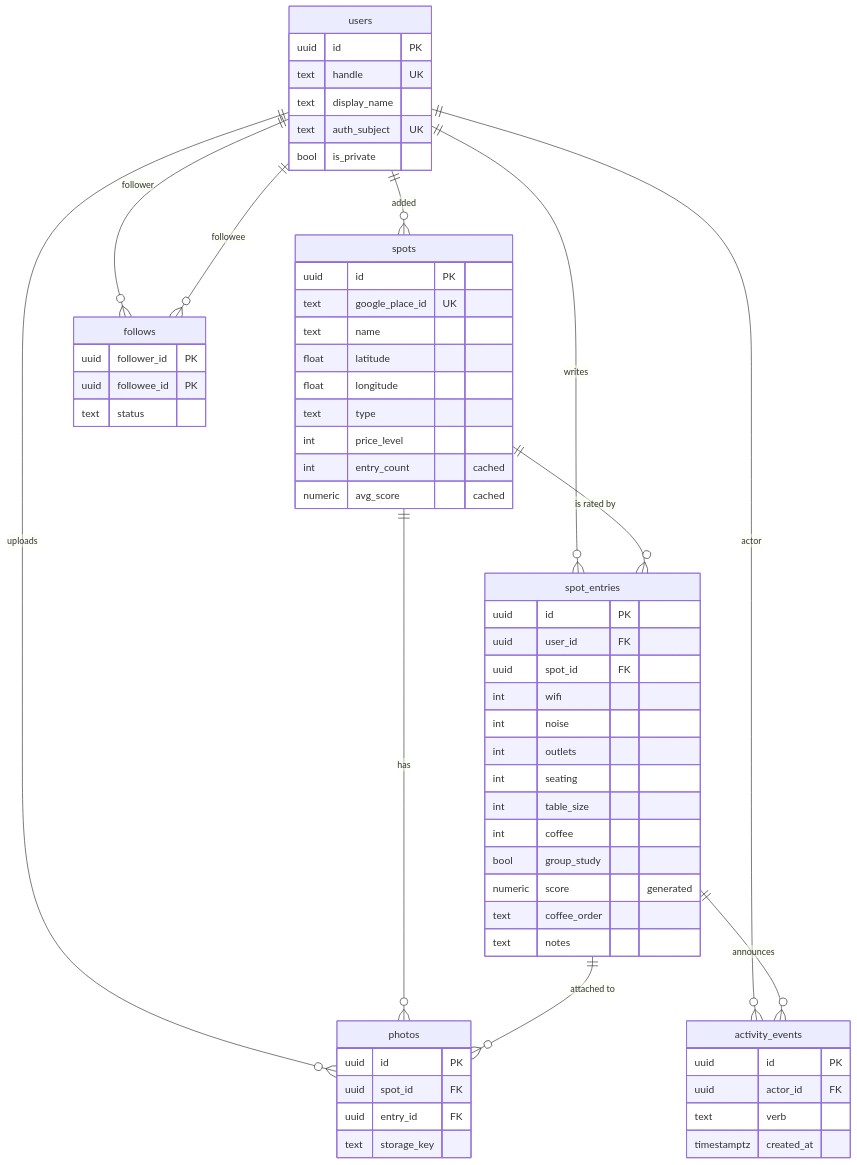
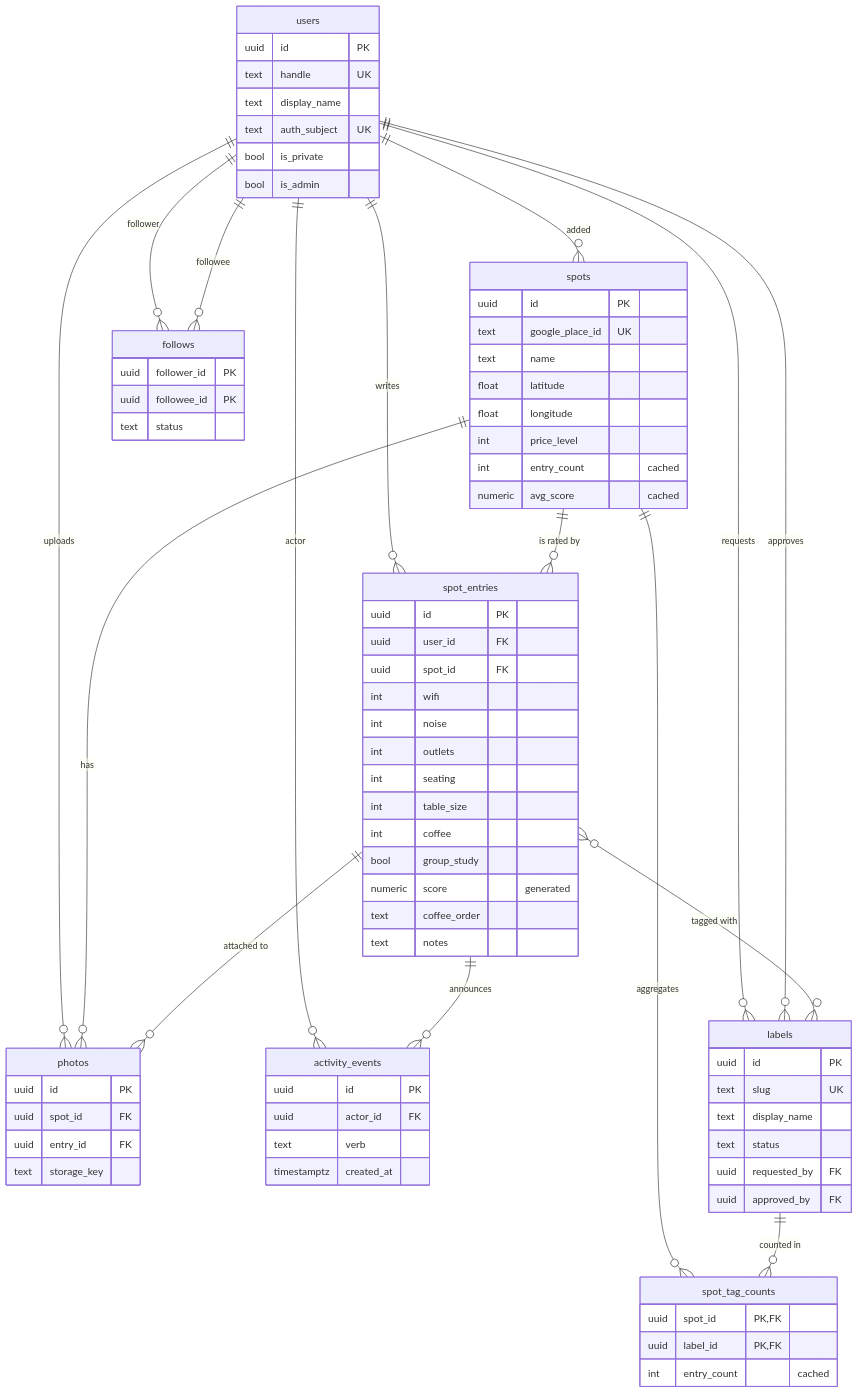
The diagram in context/data-model.md (Dustrunner369/studease), drawn with Mermaid before and after one commit. The commit also changed other lines of this file and 23 other files, not shown here.

````diff
--- a/context/data-model.md
+++ b/context/data-model.md
@@ -8,64 +8,82 @@
 ```mermaid
 erDiagram
     users ||--o{ spot_entries : writes
     users ||--o{ spots : "added"
     users ||--o{ photos : uploads
     users ||--o{ follows : follower
     users ||--o{ follows : followee
     users ||--o{ activity_events : actor
+    users ||--o{ labels : requests
+    users ||--o{ labels : approves
     spots ||--o{ spot_entries : "is rated by"
     spots ||--o{ photos : has
+    spots ||--o{ spot_tag_counts : aggregates
     spot_entries ||--o{ photos : "attached to"
     spot_entries ||--o{ activity_events : announces
+    spot_entries }o--o{ labels : "tagged with"
+    labels ||--o{ spot_tag_counts : "counted in"
 
     users {
         uuid id PK
         text handle UK
         text display_name
         text auth_subject UK
         bool is_private
+        bool is_admin
     }
     spots {
         uuid id PK
         text google_place_id UK
         text name
         float latitude
         float longitude
-        text type
         int price_level
         int entry_count "cached"
         numeric avg_score "cached"
     }
     spot_entries {
         uuid id PK
         uuid user_id FK
         uuid spot_id FK
         int wifi
         int noise
         int outlets
         int seating
         int table_size
         int coffee
         bool group_study
         numeric score "generated"
         text coffee_order
         text notes
     }
+    labels {
+        uuid id PK
+        text slug UK
+        text display_name
+        text status
+        uuid requested_by FK
+        uuid approved_by FK
+    }
+    spot_tag_counts {
+        uuid spot_id PK,FK
+        uuid label_id PK,FK
+        int entry_count "cached"
+    }
     follows {
         uuid follower_id PK
         uuid followee_id PK
         text status
     }
     photos {
         uuid id PK
         uuid spot_id FK
         uuid entry_id FK
         text storage_key
     }
     activity_events {
         uuid id PK
         uuid actor_id FK
         text verb
         timestamptz created_at
     }
 ```
````
